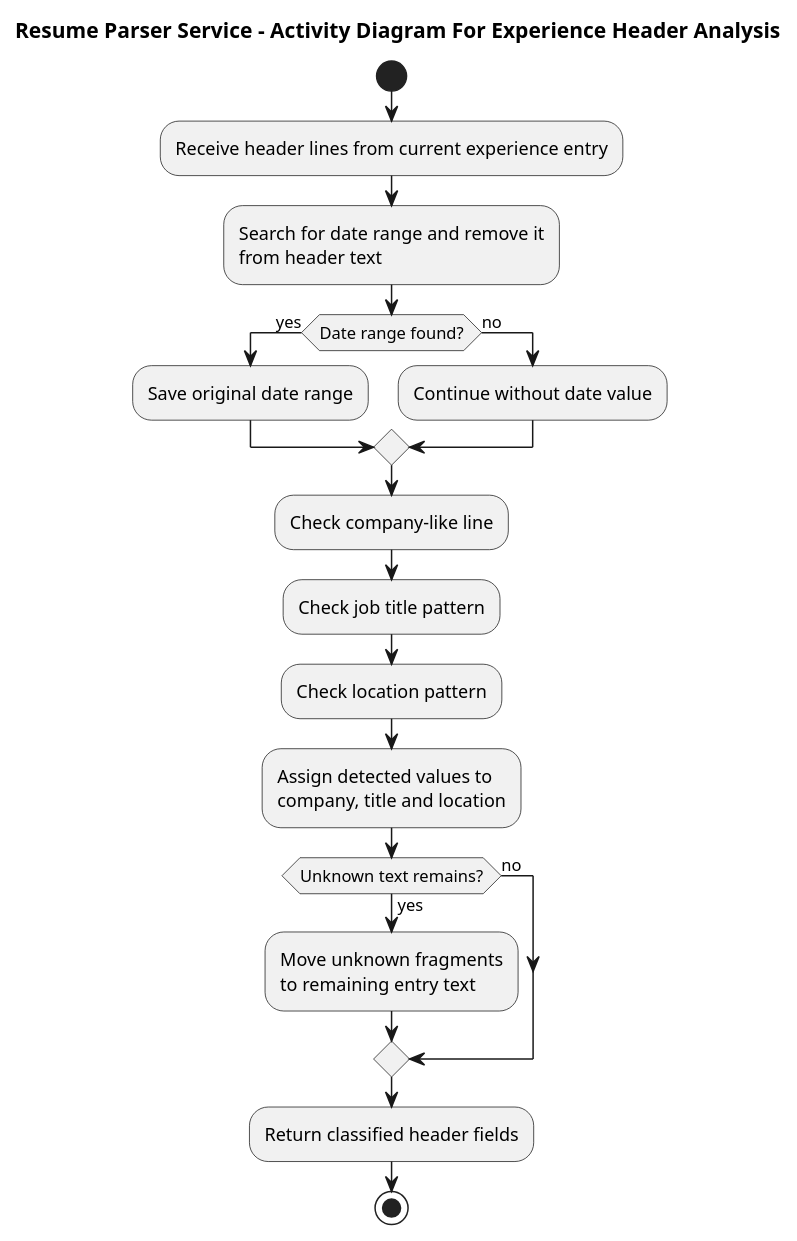
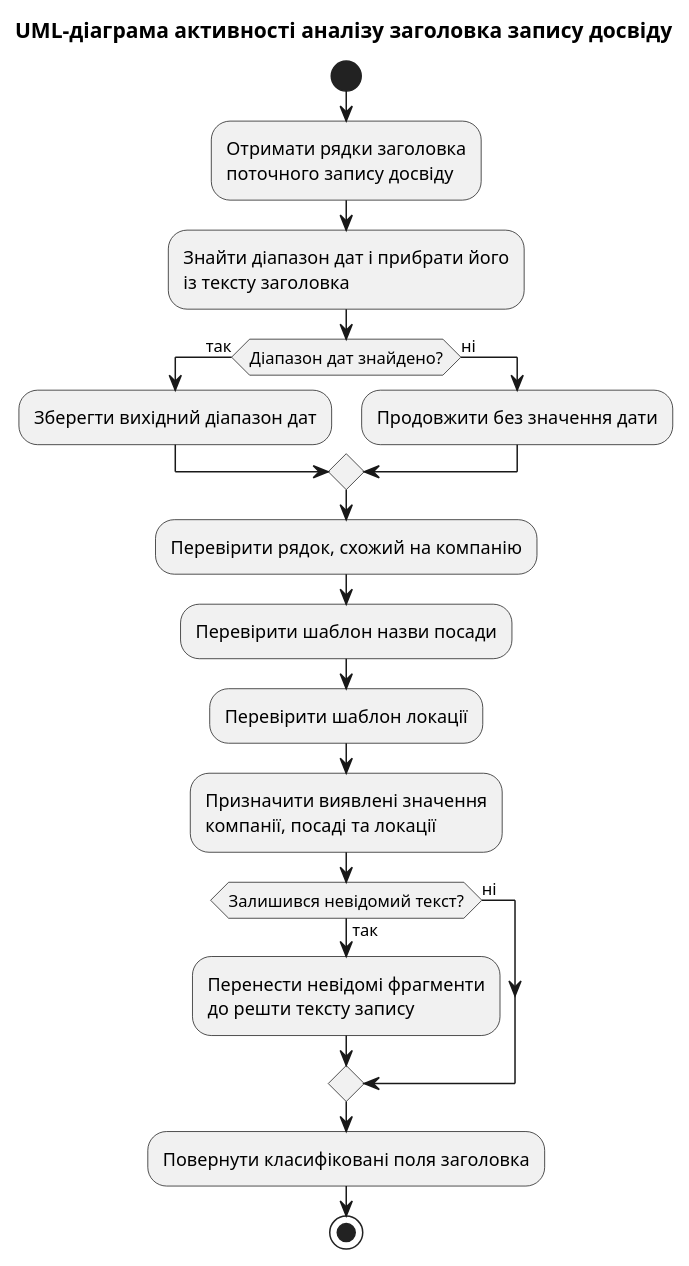
Before and after one commit to GetJobAI/parser: the diagram in docs/uml/activity_experience_header_analysis.puml, drawn with PlantUML. The commit also changed 11 other files, not shown here.

```diff
--- a/docs/uml/activity_experience_header_analysis.puml
+++ b/docs/uml/activity_experience_header_analysis.puml
@@ -1,27 +1,27 @@
 @startuml
-title Resume Parser Service - Activity Diagram For Experience Header Analysis
+title UML-діаграма активності аналізу заголовка запису досвіду
 
 start
 
-:Receive header lines from current experience entry;
-:Search for date range and remove it\nfrom header text;
+:Отримати рядки заголовка\nпоточного запису досвіду;
+:Знайти діапазон дат і прибрати його\nіз тексту заголовка;
 
-if (Date range found?) then (yes)
-  :Save original date range;
-else (no)
-  :Continue without date value;
+if (Діапазон дат знайдено?) then (так)
+  :Зберегти вихідний діапазон дат;
+else (ні)
+  :Продовжити без значення дати;
 endif
 
-:Check company-like line;
-:Check job title pattern;
-:Check location pattern;
-:Assign detected values to\ncompany, title and location;
+:Перевірити рядок, схожий на компанію;
+:Перевірити шаблон назви посади;
+:Перевірити шаблон локації;
+:Призначити виявлені значення\nкомпанії, посаді та локації;
 
-if (Unknown text remains?) then (yes)
-  :Move unknown fragments\nto remaining entry text;
-else (no)
+if (Залишився невідомий текст?) then (так)
+  :Перенести невідомі фрагменти\nдо решти тексту запису;
+else (ні)
 endif
 
-:Return classified header fields;
+:Повернути класифіковані поля заголовка;
 stop
 @enduml
```
